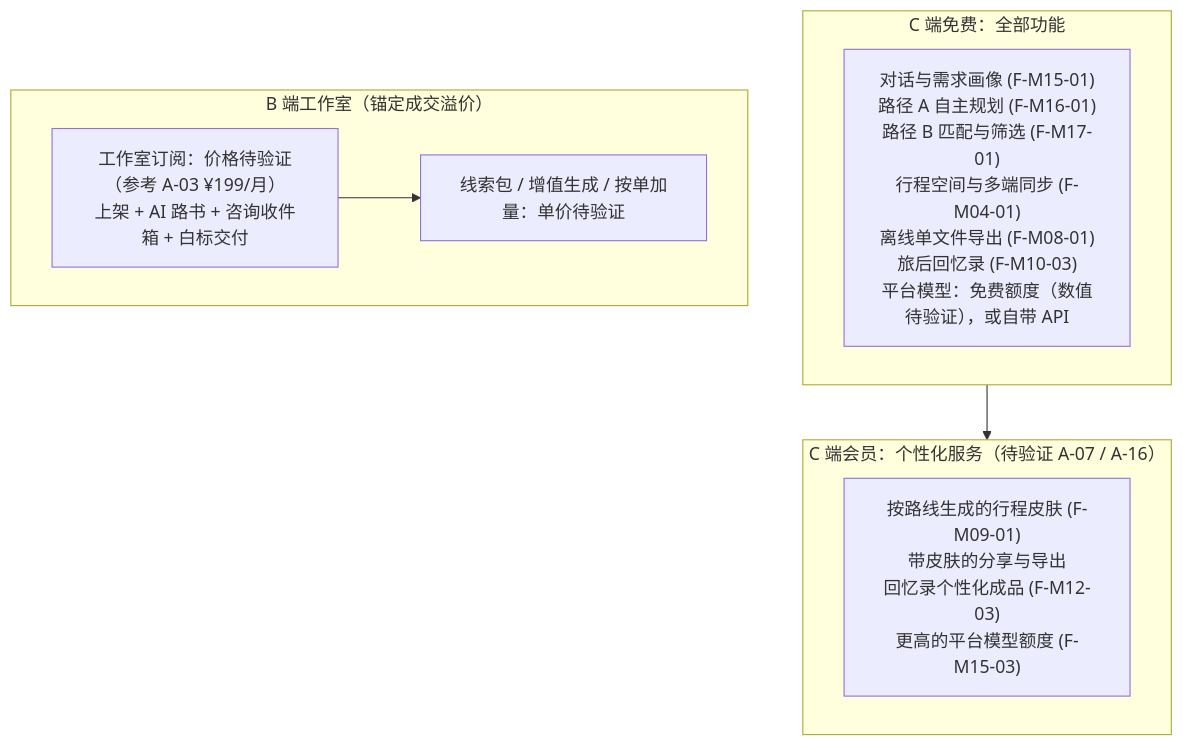
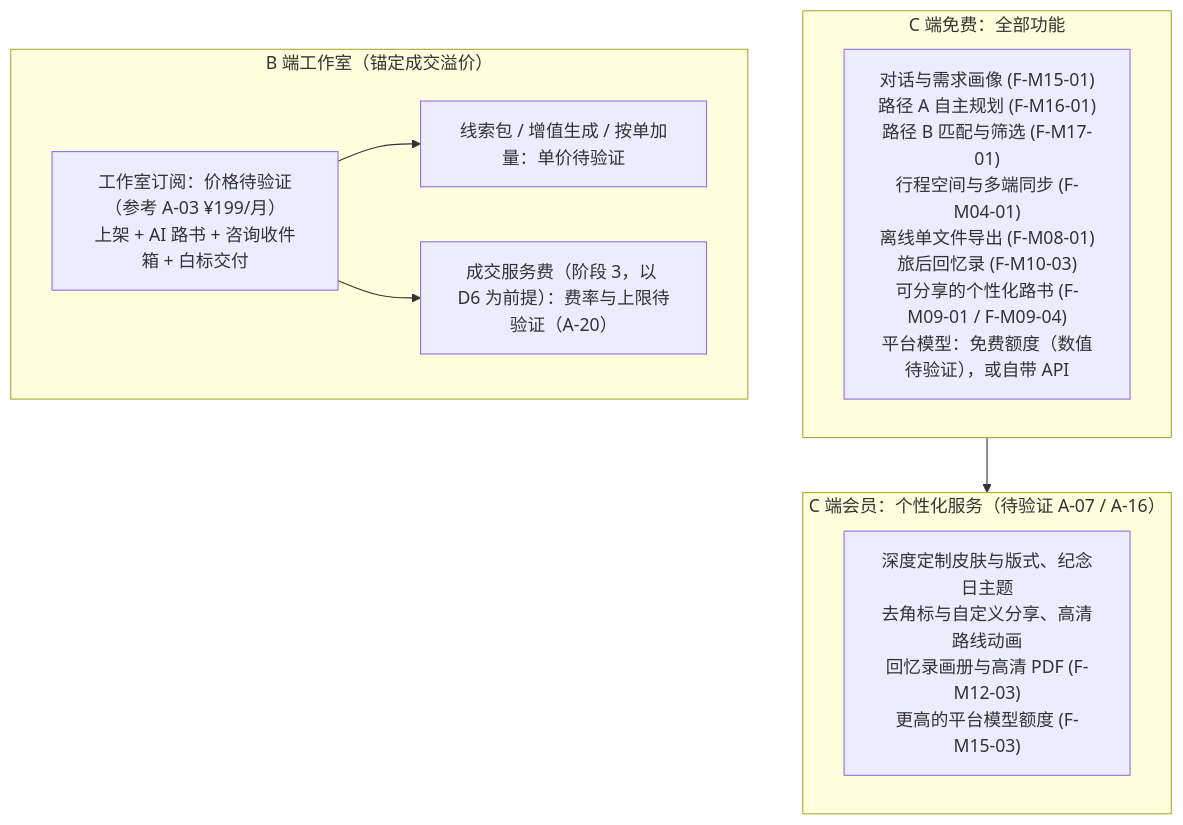
The first of 2 diagrams in docs/product/PRD-05-business-model.md (JohnMaxwell0123/TripCraft), drawn with Mermaid before and after one commit. The commit also changed other lines of this file and 17 other files, not shown here.

````diff
--- a/docs/product/PRD-05-business-model.md
+++ b/docs/product/PRD-05-business-model.md
@@ -40,18 +42,20 @@
 ```mermaid
 flowchart TD
     subgraph FREE["C 端免费：全部功能"]
-        C_FREE["对话与需求画像 (F-M15-01)<br/>路径 A 自主规划 (F-M16-01)<br/>路径 B 匹配与筛选 (F-M17-01)<br/>行程空间与多端同步 (F-M04-01)<br/>离线单文件导出 (F-M08-01)<br/>旅后回忆录 (F-M10-03)<br/>平台模型：免费额度（数值待验证），或自带 API"]
+        C_FREE["对话与需求画像 (F-M15-01)<br/>路径 A 自主规划 (F-M16-01)<br/>路径 B 匹配与筛选 (F-M17-01)<br/>行程空间与多端同步 (F-M04-01)<br/>离线单文件导出 (F-M08-01)<br/>旅后回忆录 (F-M10-03)<br/>可分享的个性化路书 (F-M09-01 / F-M09-04)<br/>平台模型：免费额度（数值待验证），或自带 API"]
     end
 
     subgraph C_PAID["C 端会员：个性化服务（待验证 A-07 / A-16）"]
-        C_SUB["按路线生成的行程皮肤 (F-M09-01)<br/>带皮肤的分享与导出<br/>回忆录个性化成品 (F-M12-03)<br/>更高的平台模型额度 (F-M15-03)"]
+        C_SUB["深度定制皮肤与版式、纪念日主题<br/>去角标与自定义分享、高清路线动画<br/>回忆录画册与高清 PDF (F-M12-03)<br/>更高的平台模型额度 (F-M15-03)"]
     end
 
     subgraph B_PAID["B 端工作室（锚定成交溢价）"]
         B_SUB["工作室订阅：价格待验证（参考 A-03 ¥199/月）<br/>上架 + AI 路书 + 咨询收件箱 + 白标交付"]
         B_ADD["线索包 / 增值生成 / 按单加量：单价待验证"]
+        B_FEE["成交服务费（阶段 3，以 D6 为前提）：费率与上限待验证（A-20）"]
     end
 
     FREE --> C_PAID
     B_SUB --> B_ADD
+    B_SUB --> B_FEE
 ```
````
